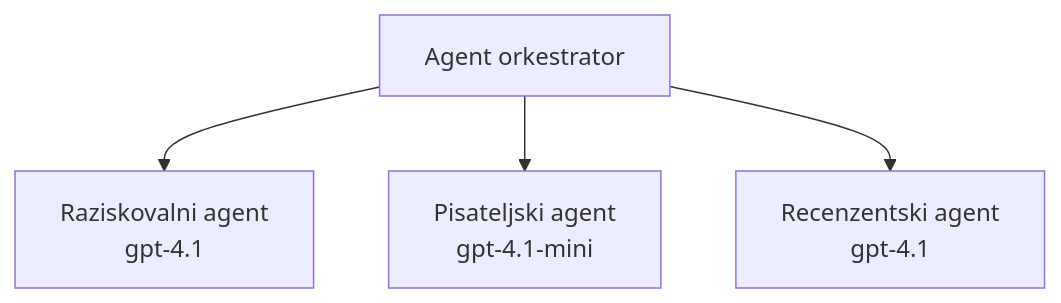
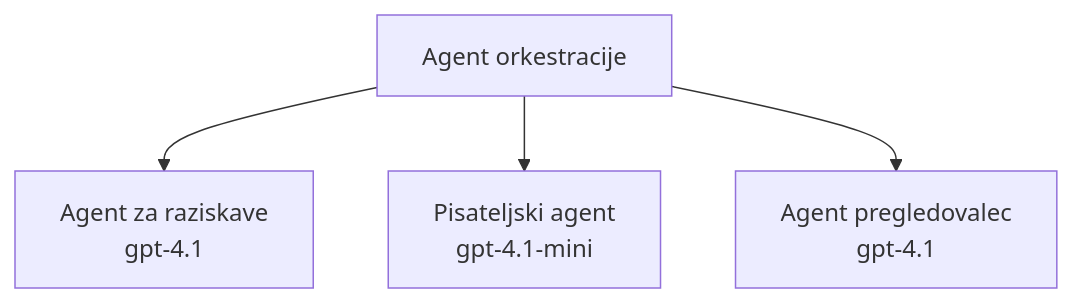
The third of 3 diagrams in translations/sl/docs/chapter-02-ai-development/agents.md (microsoft/AZD-for-beginners), drawn with Mermaid before and after one commit. The commit also changed other lines of this file and 60 other files, not shown here.

````diff
--- a/translations/sl/docs/chapter-02-ai-development/agents.md
+++ b/translations/sl/docs/chapter-02-ai-development/agents.md
@@ -201,6 +201,6 @@
 ```mermaid
 graph TD
-    Orchestrator[Agent orkestrator] --> Research[Raziskovalni agent<br/>gpt-4.1]
+    Orchestrator[Agent orkestracije] --> Research[Agent za raziskave<br/>gpt-4.1]
     Orchestrator --> Writer[Pisateljski agent<br/>gpt-4.1-mini]
-    Orchestrator --> Reviewer[Recenzentski agent<br/>gpt-4.1]
+    Orchestrator --> Reviewer[Agent pregledovalec<br/>gpt-4.1]
 ```
````
